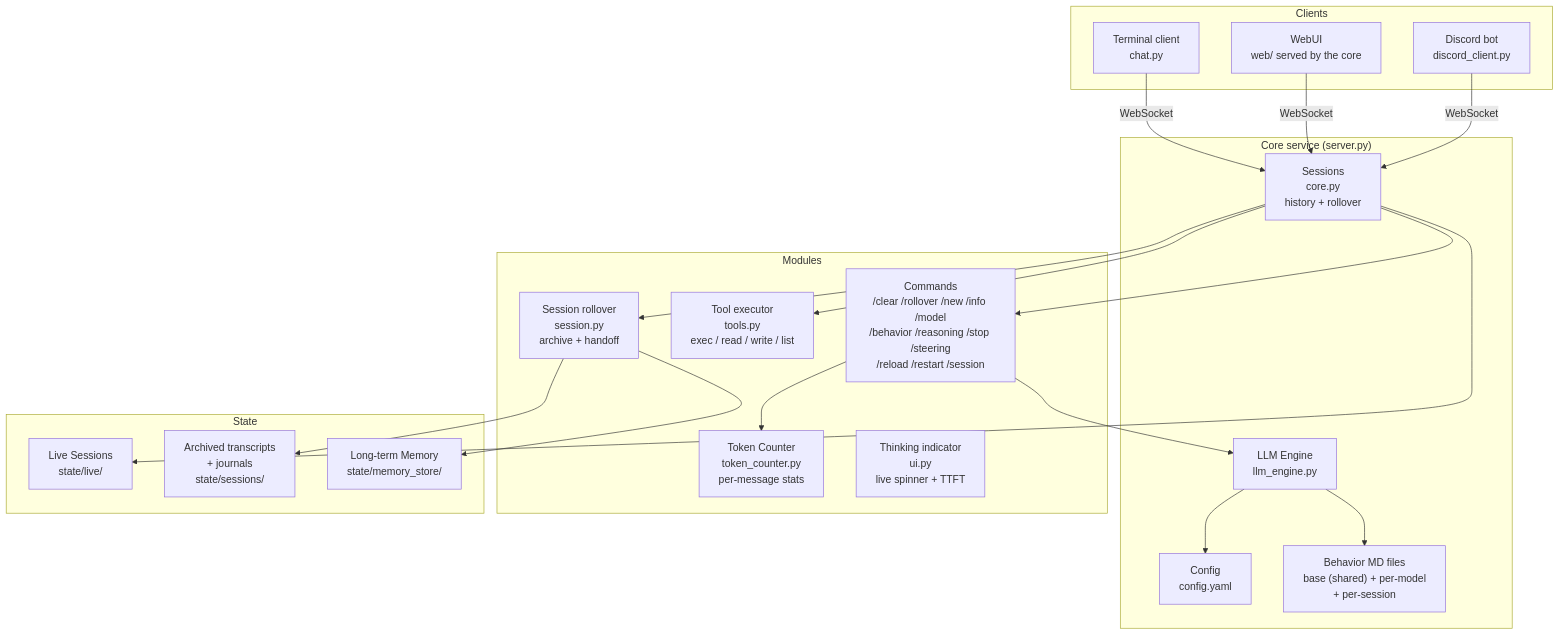
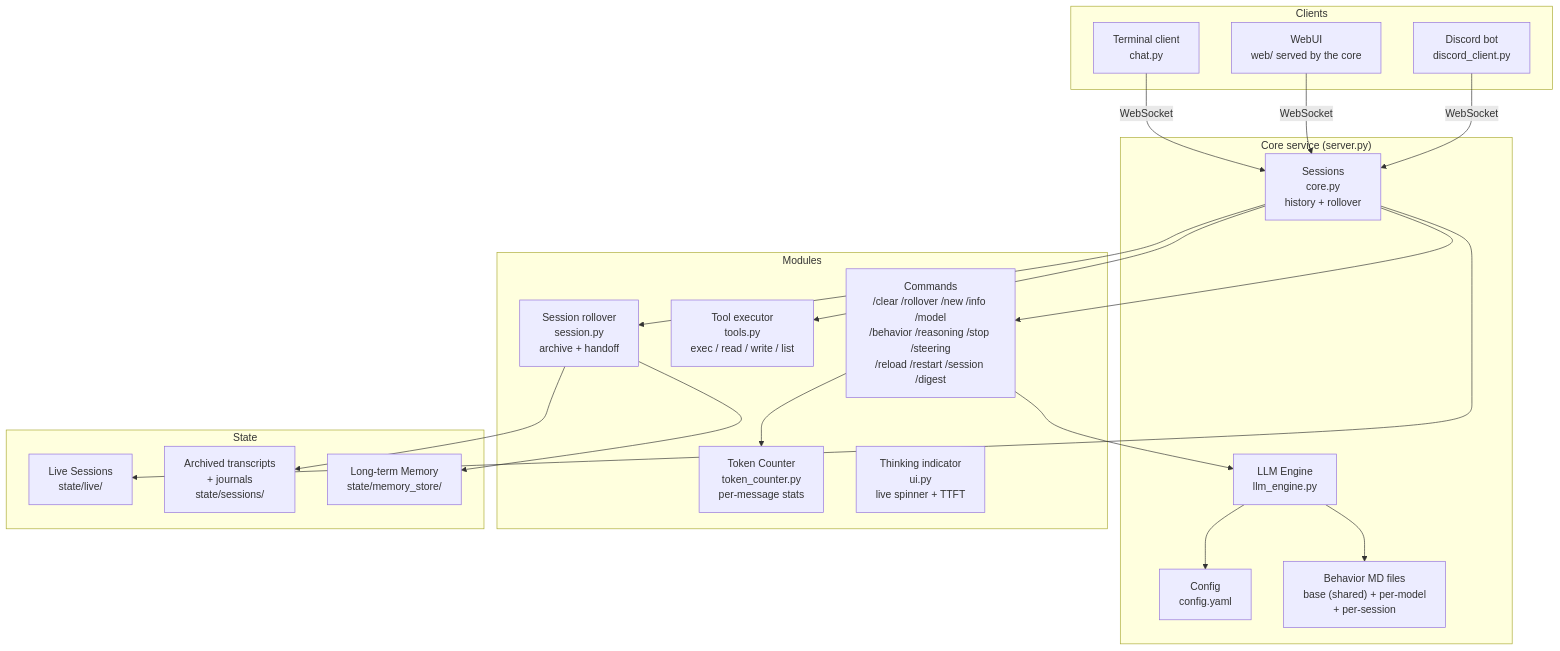
The first of 3 diagrams in README.md (goluckyryan/letsClaw), drawn with Mermaid before and after one commit. The commit also changed other lines of this file and 6 other files, not shown here.

````diff
--- a/README.md
+++ b/README.md
@@ -143,43 +144,43 @@
 ```mermaid
 graph TD
     subgraph Clients
         REPL[Terminal client\nchat.py]
         Web[WebUI\nweb/ served by the core]
         Disc[Discord bot\ndiscord_client.py]
     end
 
     subgraph Core["Core service (server.py)"]
         Sessions2[Sessions\ncore.py\nhistory + rollover]
         Engine[LLM Engine\nllm_engine.py]
         Config[Config\nconfig.yaml]
         ModelFile["Behavior MD files\nbase (shared) + per-model\n+ per-session"]
     end
 
     subgraph Modules
-        Cmds[Commands\n/clear /rollover /new /info /model\n/behavior /reasoning /stop /steering\n/reload /restart /session]
+        Cmds[Commands\n/clear /rollover /new /info /model\n/behavior /reasoning /stop /steering\n/reload /restart /session /digest]
         TokenCounter[Token Counter\ntoken_counter.py\nper-message stats]
         ThinkingUI[Thinking indicator\nui.py\nlive spinner + TTFT]
         Tools[Tool executor\ntools.py\nexec / read / write / list]
         Roll[Session rollover\nsession.py\narchive + handoff]
     end
 
     subgraph State
         Live[Live Sessions\nstate/live/]
         Sessions[Archived transcripts\n+ journals\nstate/sessions/]
         Memory[Long-term Memory\nstate/memory_store/]
     end
 
     REPL -->|WebSocket| Sessions2
     Web -->|WebSocket| Sessions2
     Disc -->|WebSocket| Sessions2
     Sessions2 --> Cmds
     Sessions2 --> Tools
     Sessions2 --> Roll
     Sessions2 --> Live
     Roll --> Sessions
     Roll --> Memory
     Cmds --> Engine
     Engine --> Config
     Engine --> ModelFile
     Cmds --> TokenCounter
 ```
````
